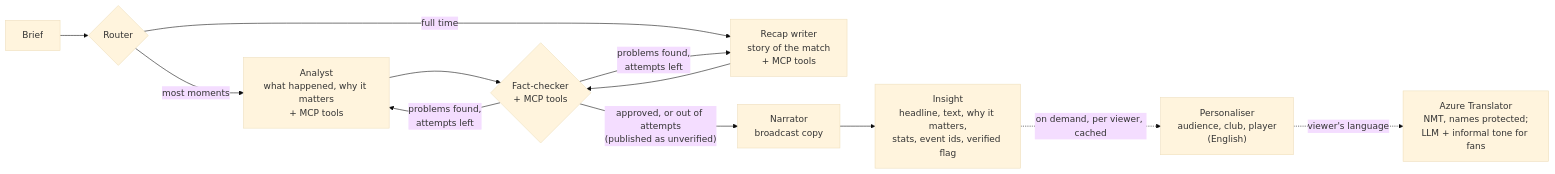
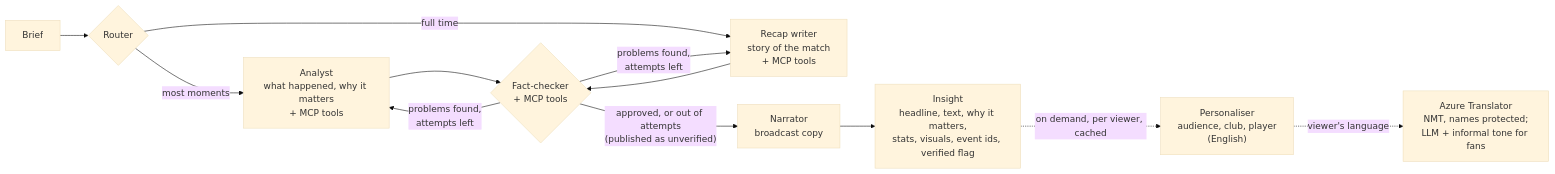
One commit to nesteagle/msft-insidethegame changed the third of 8 diagrams in DESIGN.md. Above: the diagram before and after it, drawn with Mermaid (base theme). The commit also changed other lines of this file and 20 other files, not shown here.

````diff
--- a/DESIGN.md
+++ b/DESIGN.md
@@ -105,15 +114,15 @@
 ```mermaid
 flowchart LR
     b["Brief"] --> router{"Router"}
     router -->|"most moments"| analyst["Analyst<br/>what happened, why it matters<br/>+ MCP tools"]
     router -->|"full time"| recap["Recap writer<br/>story of the match<br/>+ MCP tools"]
     analyst --> fc{"Fact-checker<br/>+ MCP tools"}
     recap --> fc
     fc -->|"problems found,<br/>attempts left"| analyst
     fc -->|"problems found,<br/>attempts left"| recap
     fc -->|"approved, or out of attempts<br/>(published as unverified)"| narr["Narrator<br/>broadcast copy"]
-    narr --> out["Insight<br/>headline, text, why it matters,<br/>stats, event ids, verified flag"]
+    narr --> out["Insight<br/>headline, text, why it matters,<br/>stats, visuals, event ids, verified flag"]
 
     out -.->|"on demand, per viewer, cached"| pers["Personaliser<br/>audience, club, player<br/>(English)"]
     pers -.->|"viewer's language"| tr["Azure Translator<br/>NMT, names protected;<br/>LLM + informal tone for fans"]
 ```
````
